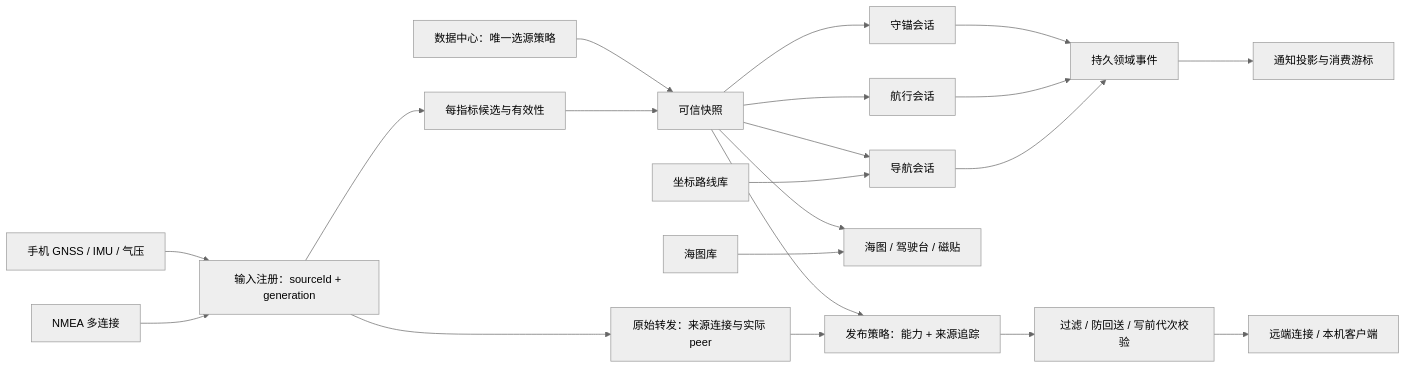
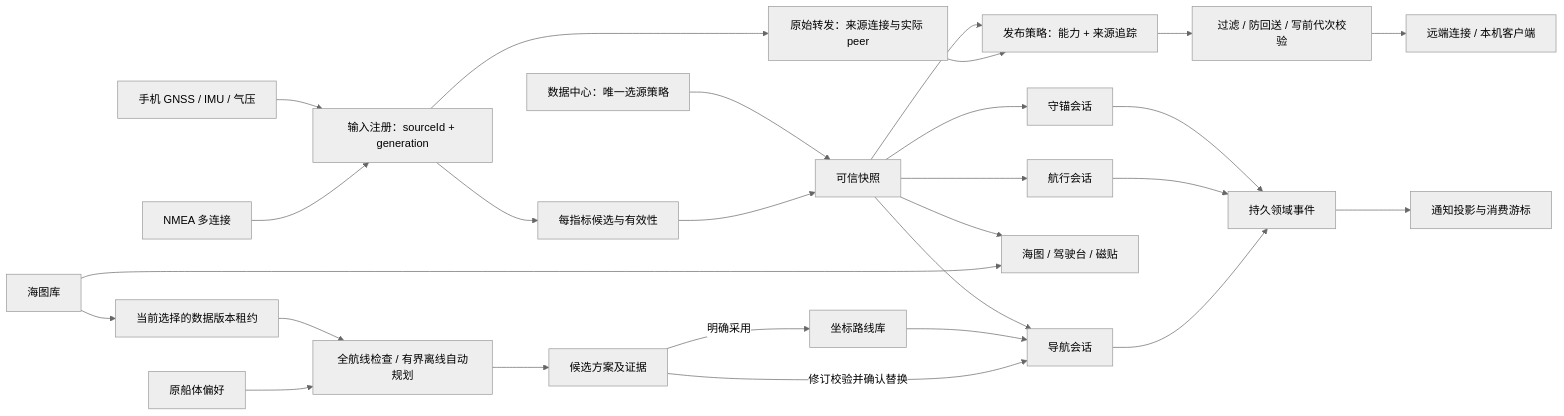
The diagram in docs/os/02-DOMAIN-AND-CONTRACTS.md (ohkuku/yokuli_marine_shell), drawn with Mermaid (neutral theme) before and after one commit. The commit also changed other lines of this file and 69 other files, not shown here.

Commit message:
feat: add structured chart library and selected-data passage planning

````diff
--- a/docs/os/02-DOMAIN-AND-CONTRACTS.md
+++ b/docs/os/02-DOMAIN-AND-CONTRACTS.md
@@ -26,23 +28,29 @@
 ```mermaid
 flowchart LR
     Phone[手机 GNSS / IMU / 气压] --> Input[输入注册：sourceId + generation]
     Nmea[NMEA 多连接] --> Input
     Input --> Candidates[每指标候选与有效性]
     Policy[数据中心：唯一选源策略] --> Accepted[可信快照]
     Candidates --> Accepted
     Accepted --> Anchor[守锚会话]
     Accepted --> Trip[航行会话]
     Accepted --> Nav[导航会话]
     Accepted --> Views[海图 / 驾驶台 / 磁贴]
     Accepted --> Pub[发布策略：能力 + 来源追踪]
     Input --> Raw[原始转发：来源连接与实际 peer]
     Raw --> Pub
     Pub --> Guard[过滤 / 防回送 / 写前代次校验]
     Guard --> Out[远端连接 / 本机客户端]
     Places[坐标路线库] --> Nav
     Charts[海图库] --> Views
+    Charts --> Snapshot[当前选择的数据版本租约]
+    Snapshot --> Planner[全航线检查 / 有界离线自动规划]
+    Vessel[原船体偏好] --> Planner
+    Planner --> Candidate[候选方案及证据]
+    Candidate -->|明确采用| Places
+    Candidate -->|修订校验并确认替换| Nav
     Anchor --> Events[持久领域事件]
     Trip --> Events
     Nav --> Events
     Events --> Notices[通知投影与消费游标]
 ```
````
